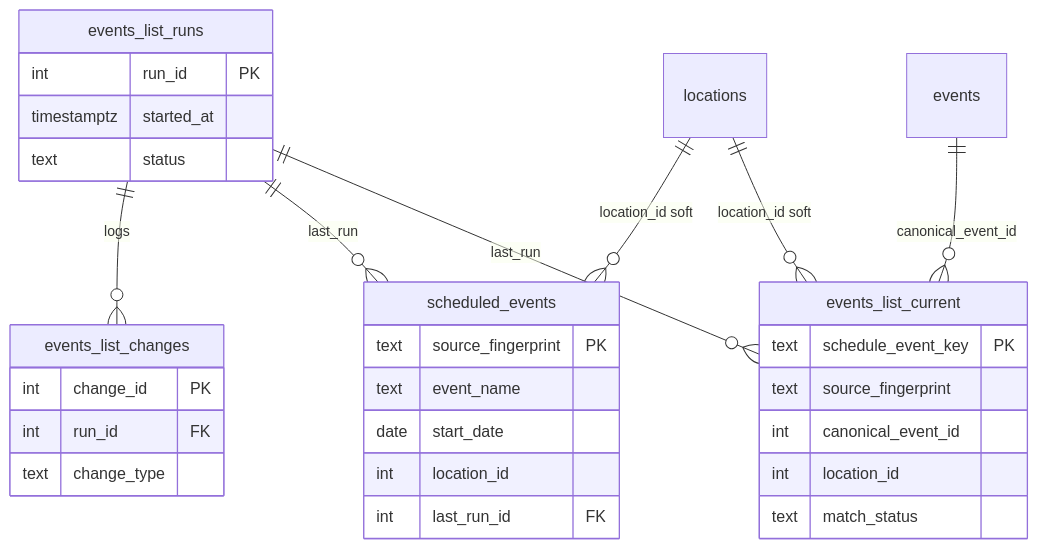
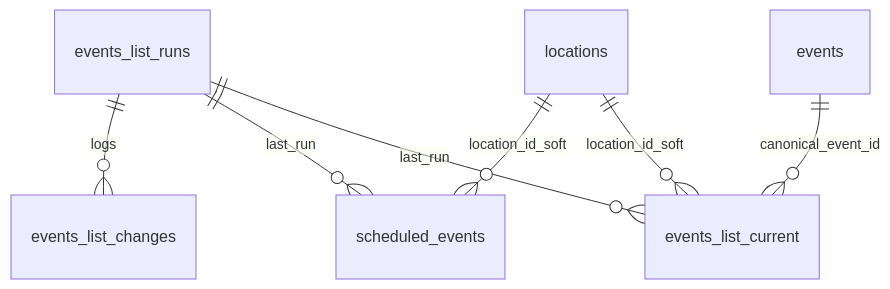
One commit to zlat1109/wsdc-data-pipeline changed the sixth of 8 diagrams in docs/database/erd.md. Above: the diagram before and after it, drawn with Mermaid. The commit also changed other lines of this file and 2 other files, not shown here.

First line of the commit message:
docs: add full warehouse ERD and enrichment join map

````diff
--- a/docs/database/erd.md
+++ b/docs/database/erd.md
@@ -202,34 +415,9 @@
 ```mermaid
 erDiagram
   events_list_runs ||--o{ events_list_changes : logs
-  events_list_runs ||--o{ scheduled_events : "last_run"
-  events_list_runs ||--o{ events_list_current : "last_run"
-  events ||--o{ events_list_current : "canonical_event_id"
-  locations ||--o{ scheduled_events : "location_id soft"
-  locations ||--o{ events_list_current : "location_id soft"
-
-  events_list_runs {
-    int run_id PK
-    timestamptz started_at
-    text status
-  }
-  events_list_changes {
-    int change_id PK
-    int run_id FK
-    text change_type
-  }
-  scheduled_events {
-    text source_fingerprint PK
-    text event_name
-    date start_date
-    int location_id
-    int last_run_id FK
-  }
-  events_list_current {
-    text schedule_event_key PK
-    text source_fingerprint
-    int canonical_event_id
-    int location_id
-    text match_status
-  }
+  events_list_runs ||--o{ scheduled_events : last_run
+  events_list_runs ||--o{ events_list_current : last_run
+  events ||--o{ events_list_current : canonical_event_id
+  locations ||--o{ scheduled_events : location_id_soft
+  locations ||--o{ events_list_current : location_id_soft
 ```
````
